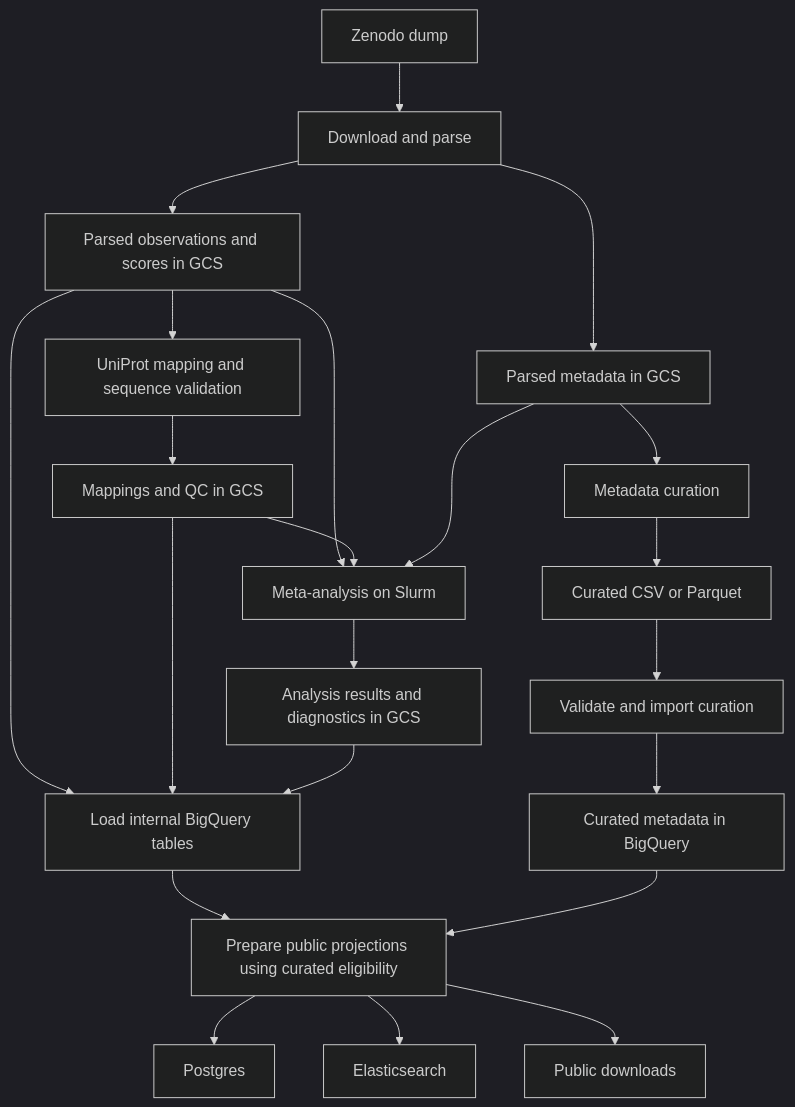
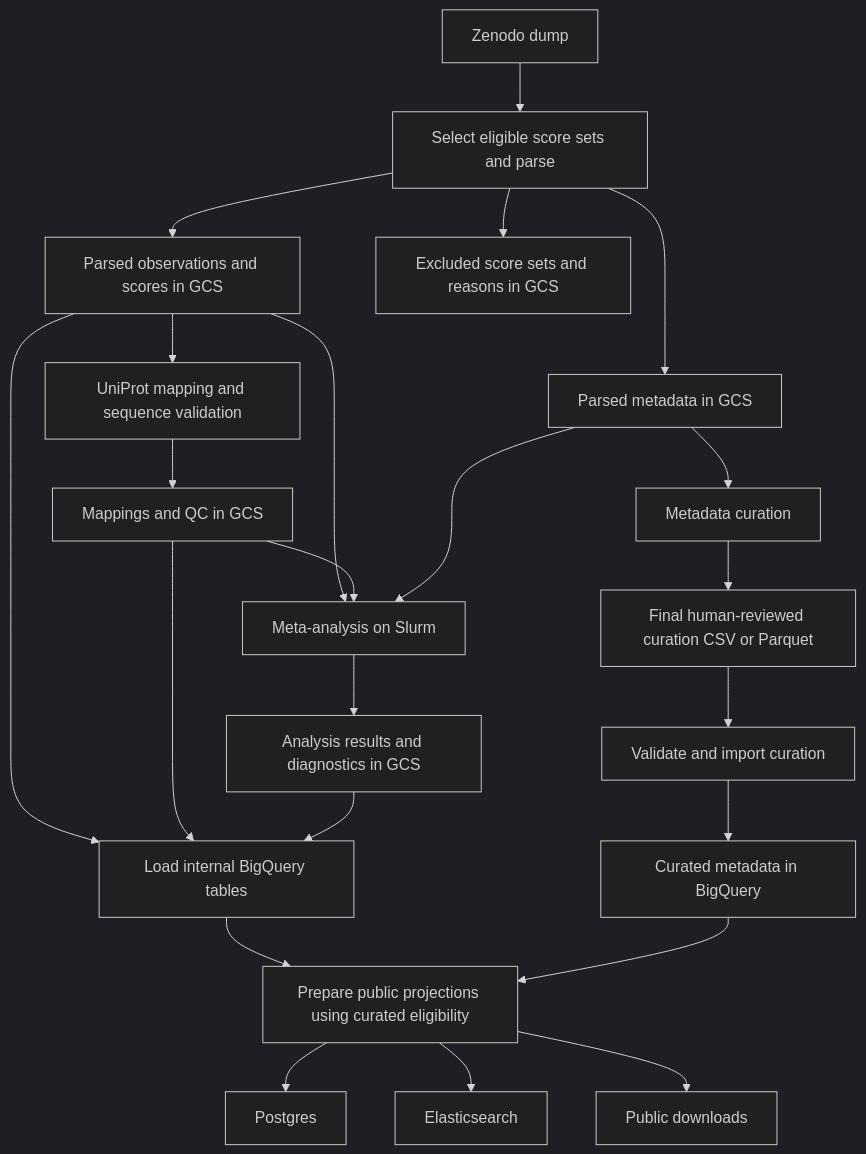
The diagram in development_docs/mavedb-pipeline-implementation-plan.md (EMBL-EBI-ABC/PerturbationCatalogue), drawn with Mermaid (dark theme) before and after one commit. The commit also changed other lines of this file and 17 other files, not shown here.

````diff
--- a/development_docs/mavedb-pipeline-implementation-plan.md
+++ b/development_docs/mavedb-pipeline-implementation-plan.md
@@ -35,24 +37,25 @@
 ```mermaid
 flowchart TD
-    Z[Zenodo dump] --> I[Download and parse]
+    Z[Zenodo dump] --> I[Select eligible score sets and parse]
     I --> PD[Parsed observations and scores in GCS]
     I --> PM[Parsed metadata in GCS]
+    I --> EX[Excluded score sets and reasons in GCS]
     PD --> M[UniProt mapping and sequence validation]
     M --> MG[Mappings and QC in GCS]
     PD --> L[Load internal BigQuery tables]
     MG --> L
     PD --> A[Meta-analysis on Slurm]
     MG --> A
     PM --> A
     A --> AG[Analysis results and diagnostics in GCS]
     AG --> L
     PM --> C[Metadata curation]
-    C --> CF[Curated CSV or Parquet]
+    C --> CF[Final human-reviewed curation CSV or Parquet]
     CF --> CI[Validate and import curation]
     CI --> CM[Curated metadata in BigQuery]
     L --> P[Prepare public projections using curated eligibility]
     CM --> P
     P --> PG[Postgres]
     P --> ES[Elasticsearch]
     P --> DL[Public downloads]
 ```
````
